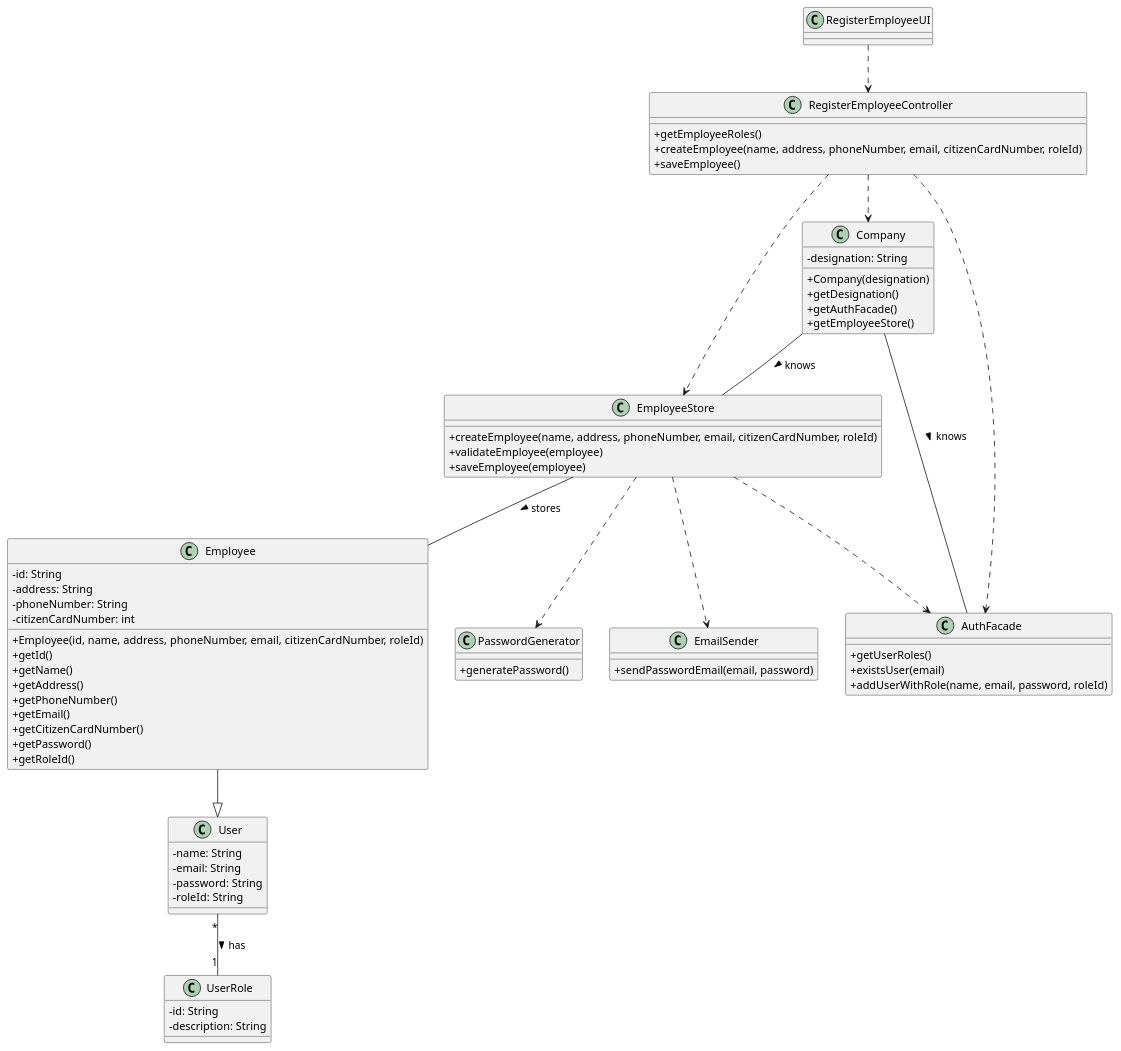
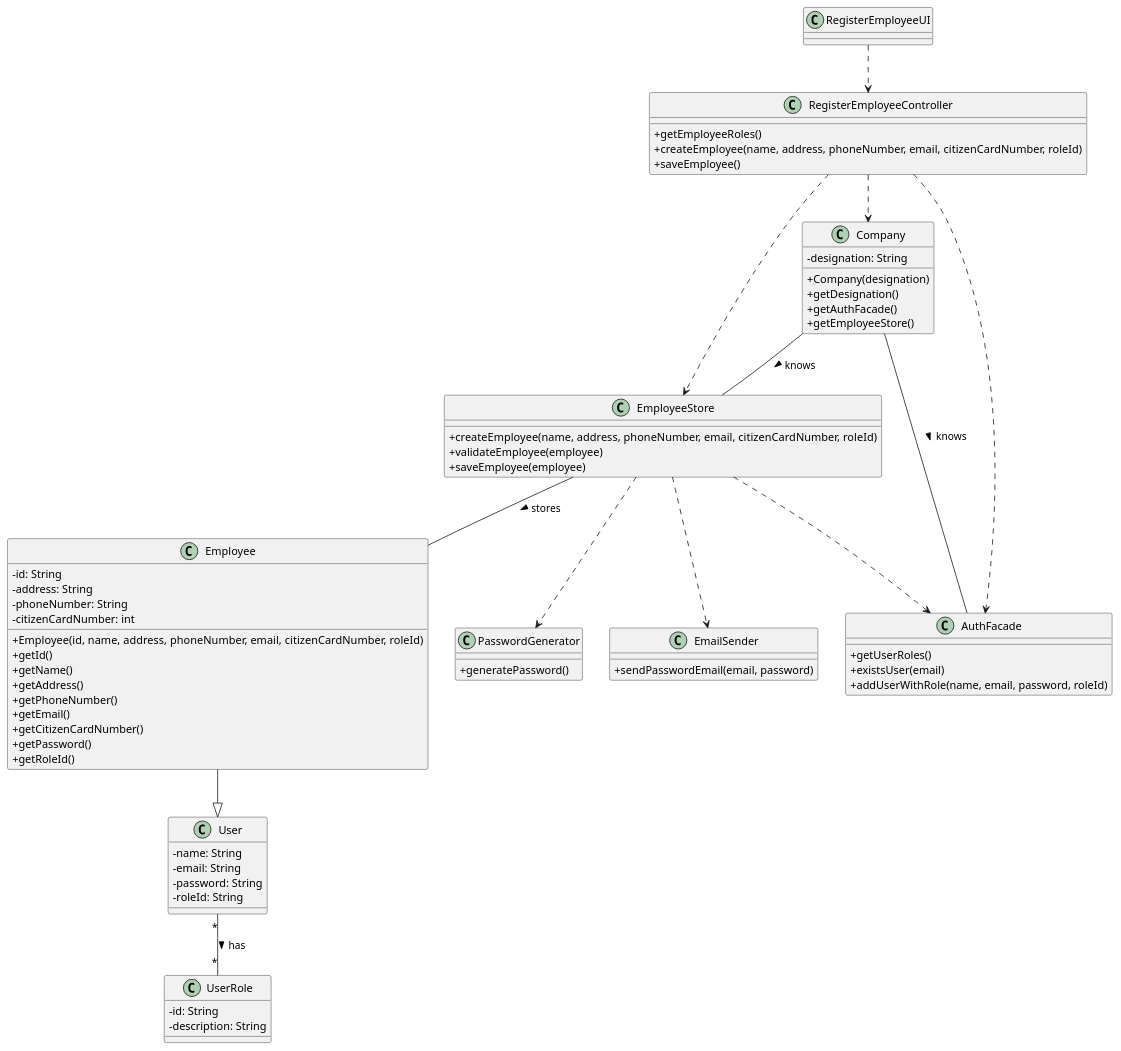
Before and after one commit to miseEnPlace-i/lapr2: the diagram in docs/SprintB/US10/CD/US10_CD.puml, drawn with PlantUML.

Commit message:
docs(us-10): updated cd - user can have multiple roles

```diff
--- a/docs/SprintB/US10/CD/US10_CD.puml
+++ b/docs/SprintB/US10/CD/US10_CD.puml
@@ -1,87 +1,87 @@
 @startuml US10_CD
 skinparam classAttributeIconSize 0
 
 class RegisterEmployeeUI {
 }
 
 class RegisterEmployeeController {
   +getEmployeeRoles()
   +createEmployee(name, address, phoneNumber, email, citizenCardNumber, roleId)
   +saveEmployee()
 }
 
 class Company {
   -designation: String
   +Company(designation)
   +getDesignation()
   +getAuthFacade()
   +getEmployeeStore()
 }
 
 class EmployeeStore {
   +createEmployee(name, address, phoneNumber, email, citizenCardNumber, roleId)
   +validateEmployee(employee)
   +saveEmployee(employee)
 }
 
 class Employee {
   -id: String
   -address: String
   -phoneNumber: String
   -citizenCardNumber: int
   +Employee(id, name, address, phoneNumber, email, citizenCardNumber, roleId)
   +getId()
   +getName()
   +getAddress()
   +getPhoneNumber()
   +getEmail()
   +getCitizenCardNumber()
   +getPassword()
   +getRoleId()
 }
 
 class AuthFacade {
   +getUserRoles()
   +existsUser(email)
   +addUserWithRole(name, email, password, roleId)
 }
 
 class PasswordGenerator {
   +generatePassword()
 }
 
 class EmailSender {
   +sendPasswordEmail(email, password)
 }
 
 class User {
   -name: String
   -email: String
   -password: String
   -roleId: String
 }
 
 class UserRole {
   -id: String
   -description: String
 }
 
 RegisterEmployeeUI ..> RegisterEmployeeController
 
 RegisterEmployeeController ..> EmployeeStore
 RegisterEmployeeController ..> Company
 RegisterEmployeeController ..> AuthFacade
 
 EmployeeStore ..> AuthFacade
 EmployeeStore ..> PasswordGenerator
 EmployeeStore ..> EmailSender
 EmployeeStore -- Employee : stores >
 
 Company -- AuthFacade : knows >
 Company -- EmployeeStore : knows >
 
 Employee --|> User
 
-User "*" -- "1" UserRole : has >
+User "*" -- "*" UserRole : has >
 
 @enduml
```
